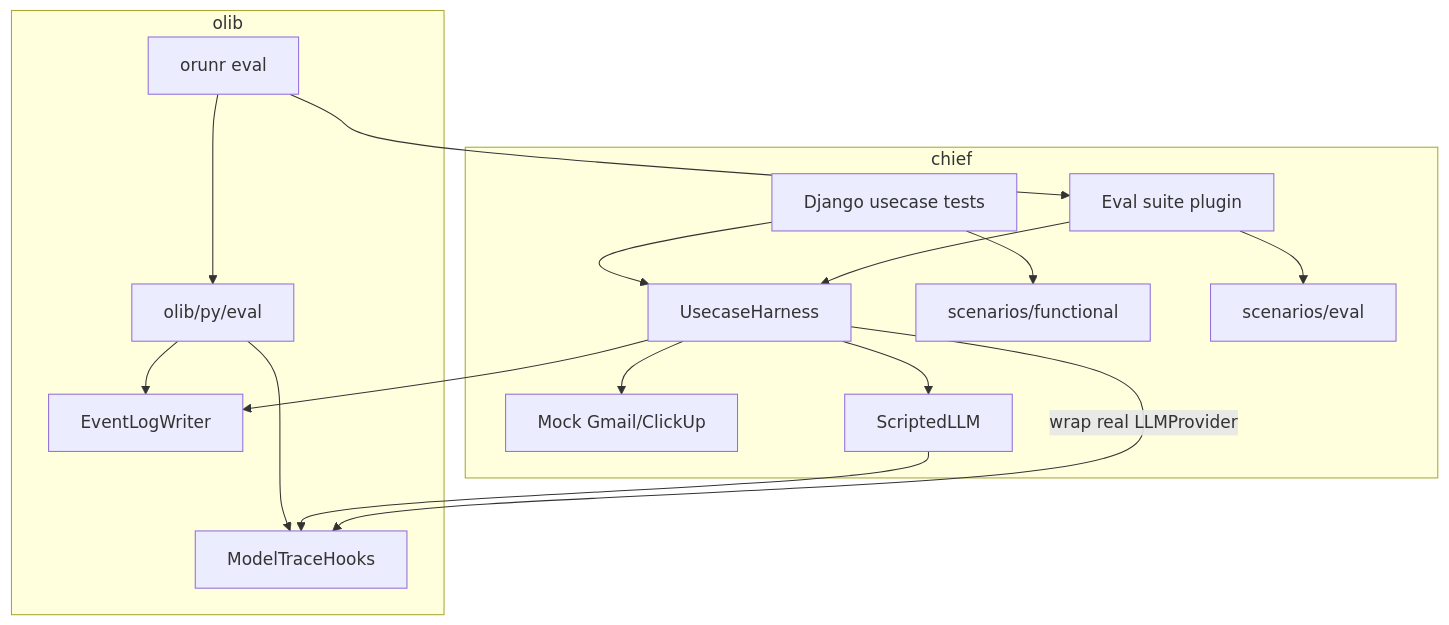
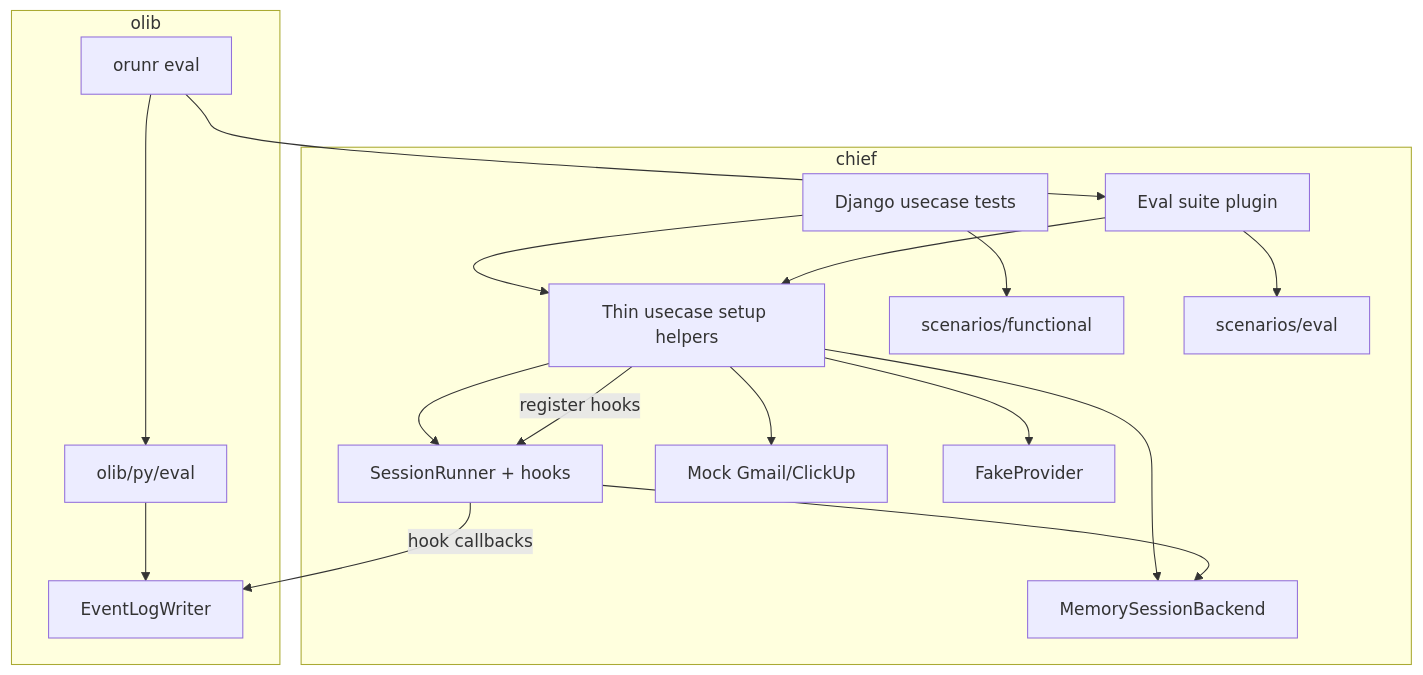
The diagram in docs/specs/2026-07-11-usecase-tests-evals/2026-07-11-usecase-tests-evals-design.md (magicl/chief), drawn with Mermaid before and after one commit. The commit also changed other lines of this file and 1 other file, not shown here.

First line of the commit message:
docs: revise usecase evals around SessionRunner hooks

````diff
--- a/docs/specs/2026-07-11-usecase-tests-evals/2026-07-11-usecase-tests-evals-design.md
+++ b/docs/specs/2026-07-11-usecase-tests-evals/2026-07-11-usecase-tests-evals-design.md
@@ -71,33 +75,35 @@
 ```mermaid
 flowchart TB
   subgraph olib ["olib"]
     EvalLib["olib/py/eval"]
     EvalCLI["orunr eval"]
-    Hooks["ModelTraceHooks"]
     LogWriter["EventLogWriter"]
     EvalCLI --> EvalLib
-    EvalLib --> Hooks
     EvalLib --> LogWriter
   end
 
   subgraph chief ["chief"]
-    Harness["UsecaseHarness"]
+    SR["SessionRunner + hooks"]
+    MemBE["MemorySessionBackend"]
     Mocks["Mock Gmail/ClickUp"]
-    ScriptedLLM["ScriptedLLM"]
+    FakeLLM["FakeProvider"]
+    Setup["Thin usecase setup helpers"]
     FuncTests["Django usecase tests"]
     Suites["Eval suite plugin"]
     ScenariosF["scenarios/functional"]
     ScenariosE["scenarios/eval"]
-    FuncTests --> Harness
+    FuncTests --> Setup
     FuncTests --> ScenariosF
-    Suites --> Harness
+    Suites --> Setup
     Suites --> ScenariosE
-    Harness --> Mocks
-    Harness --> ScriptedLLM
+    Setup --> SR
+    Setup --> MemBE
+    Setup --> Mocks
+    Setup --> FakeLLM
+    SR --> MemBE
   end
 
   EvalCLI --> Suites
-  Harness --> LogWriter
-  ScriptedLLM --> Hooks
-  Harness -->|"wrap real LLMProvider"| Hooks
+  Setup -->|"register hooks"| SR
+  SR -->|"hook callbacks"| LogWriter
 ```
````
